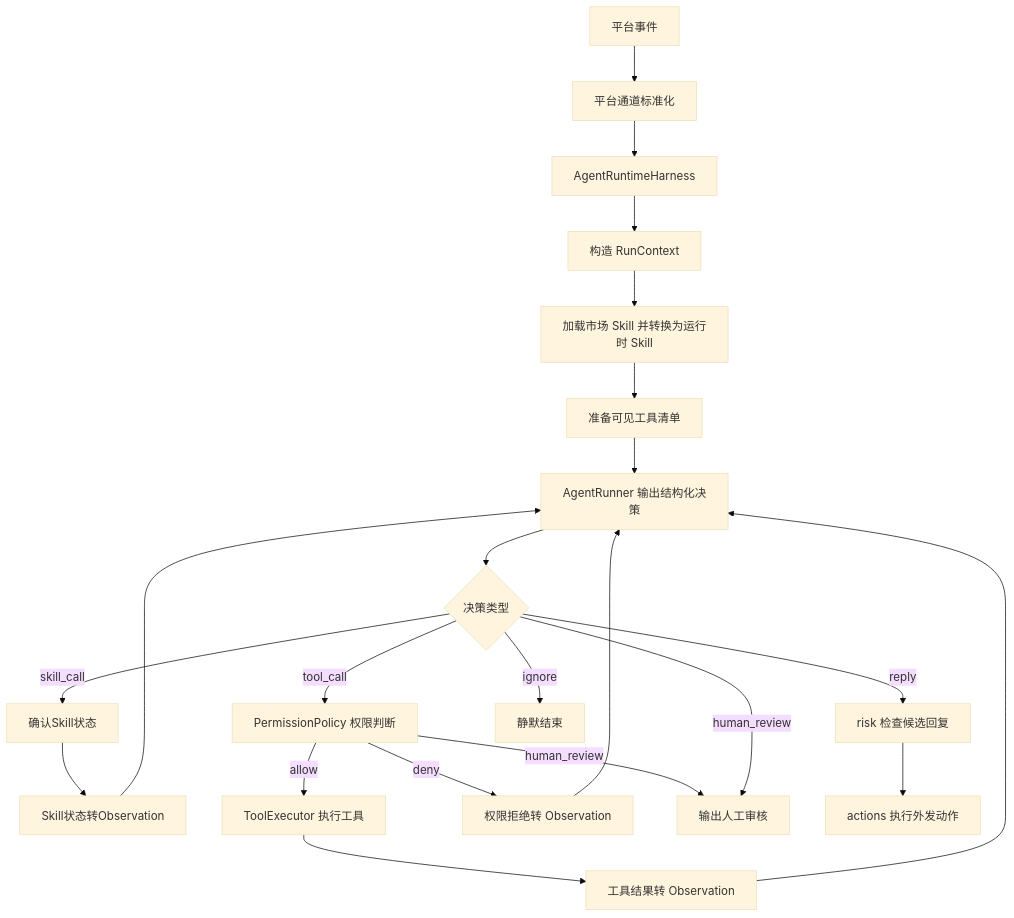
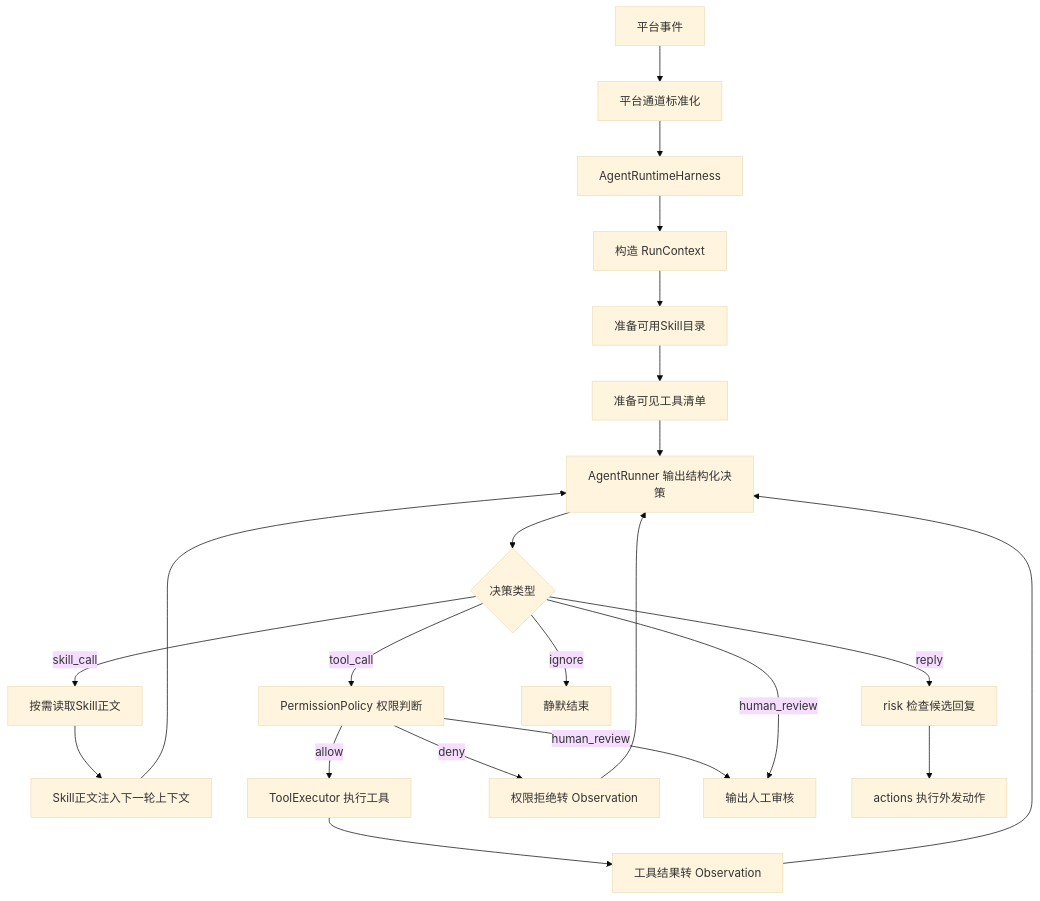
Before and after one commit to Yemomo511/ye-kitty: the diagram in design-docs/Agent/agent-runtime-harness.md, drawn with Mermaid (base theme). The commit also changed other lines of this file and 15 other files, not shown here.

````diff
--- a/design-docs/Agent/agent-runtime-harness.md
+++ b/design-docs/Agent/agent-runtime-harness.md
@@ -34,24 +34,24 @@
 ```mermaid
 flowchart TD
   PlatformEvent["平台事件"] --> PlatformChannel["平台通道标准化"]
   PlatformChannel --> Harness["AgentRuntimeHarness"]
   Harness --> Context["构造 RunContext"]
-  Context --> SkillRuntime["加载市场 Skill 并转换为运行时 Skill"]
-  SkillRuntime --> ToolRegistry["准备可见工具清单"]
+  Context --> SkillCatalog["准备可用Skill目录"]
+  SkillCatalog --> ToolRegistry["准备可见工具清单"]
   ToolRegistry --> Runner["AgentRunner 输出结构化决策"]
   Runner --> Decision{"决策类型"}
-  Decision -->|skill_call| SkillCheck["确认Skill状态"]
-  SkillCheck --> SkillObservation["Skill状态转Observation"]
+  Decision -->|skill_call| SkillLoad["按需读取Skill正文"]
+  SkillLoad --> SkillObservation["Skill正文注入下一轮上下文"]
   SkillObservation --> Runner
   Decision -->|tool_call| Permission["PermissionPolicy 权限判断"]
   Permission -->|allow| ToolExecutor["ToolExecutor 执行工具"]
   ToolExecutor --> Observation["工具结果转 Observation"]
   Observation --> Runner
   Permission -->|deny| DenyObservation["权限拒绝转 Observation"]
   DenyObservation --> Runner
   Permission -->|human_review| HumanReview["输出人工审核"]
   Decision -->|reply| Risk["risk 检查候选回复"]
   Decision -->|ignore| FinalIgnore["静默结束"]
   Decision -->|human_review| HumanReview
   Risk --> Actions["actions 执行外发动作"]
 ```
````
